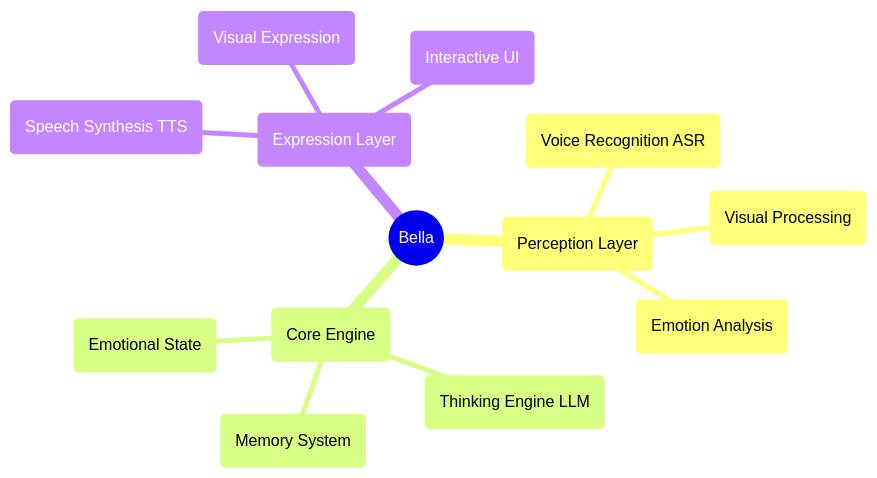
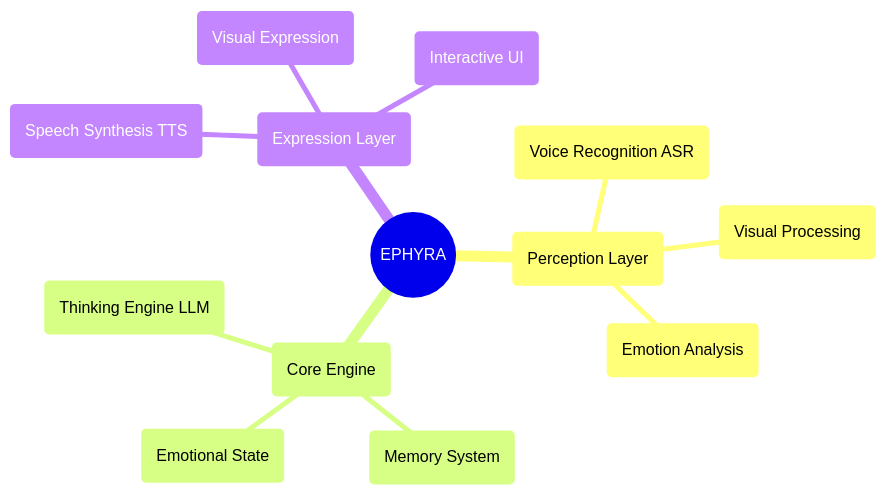
The diagram in README.md (aarontw910/socialai), drawn with Mermaid before and after one commit. The commit also changed other lines of this file and 2 other files, not shown here.

````diff
--- a/README.md
+++ b/README.md
@@ -79,16 +79,16 @@
 ```mermaid
 mindmap
-  root((Bella))
+  root((EPHYRA))
     (Perception Layer)
       (Voice Recognition ASR)
       (Visual Processing)
       (Emotion Analysis)
     (Core Engine)
       (Thinking Engine LLM)
       (Memory System)
       (Emotional State)
     (Expression Layer)
       (Speech Synthesis TTS)
       (Visual Expression)
       (Interactive UI)
 ```
````
